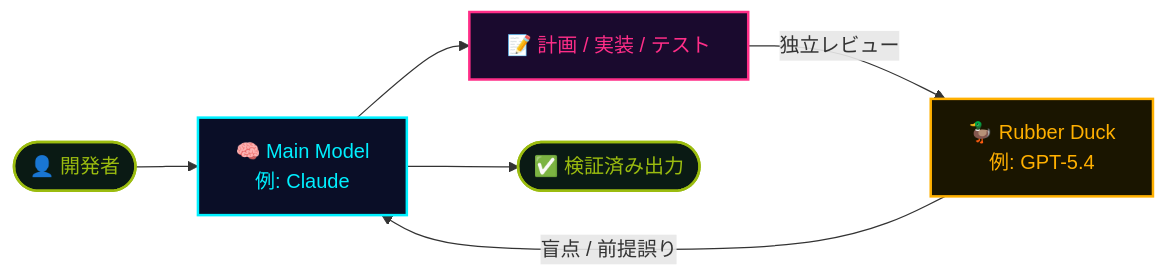
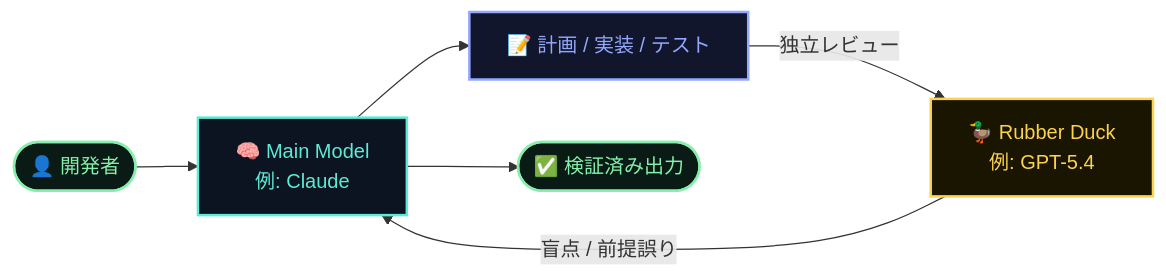
The diagram in src/content/playbook/ja/cli.md (theomonfort/theomonfort), drawn with Mermaid before and after one commit. The commit also changed other lines of this file and 607 other files, not shown here.

````diff
--- a/src/content/playbook/ja/cli.md
+++ b/src/content/playbook/ja/cli.md
@@ -202,22 +202,22 @@
 ```mermaid
 flowchart LR
   User([👤 開発者])
   Main["🧠 Main Model<br/>例: Claude"]
   Out["📝 計画 / 実装 / テスト"]
   Duck["🦆 Rubber Duck<br/>例: GPT-5.4"]
   Final([✅ 検証済み出力])
   User --> Main
   Main --> Out
   Out -->|"独立レビュー"| Duck
   Duck -->|"盲点 / 前提誤り"| Main
   Main --> Final
 
-  classDef user fill:#0a1a14,stroke:#9bbc0f,color:#9bbc0f,stroke-width:2px
-  classDef main fill:#0a0e27,stroke:#00f0ff,color:#00f0ff,stroke-width:2px
-  classDef duck fill:#1a1500,stroke:#ffb000,color:#ffb000,stroke-width:2px
-  classDef out fill:#1a0a2e,stroke:#ff2e88,color:#ff2e88,stroke-width:2px
+  classDef user fill:#0a1a14,stroke:#86efac,color:#86efac,stroke-width:2px
+  classDef main fill:#0b1420,stroke:#5eead4,color:#5eead4,stroke-width:2px
+  classDef duck fill:#1a1500,stroke:#fcd34d,color:#fcd34d,stroke-width:2px
+  classDef out fill:#11162c,stroke:#93a8ff,color:#93a8ff,stroke-width:2px
   class User,Final user
   class Main main
   class Duck duck
   class Out out
 ```
````
